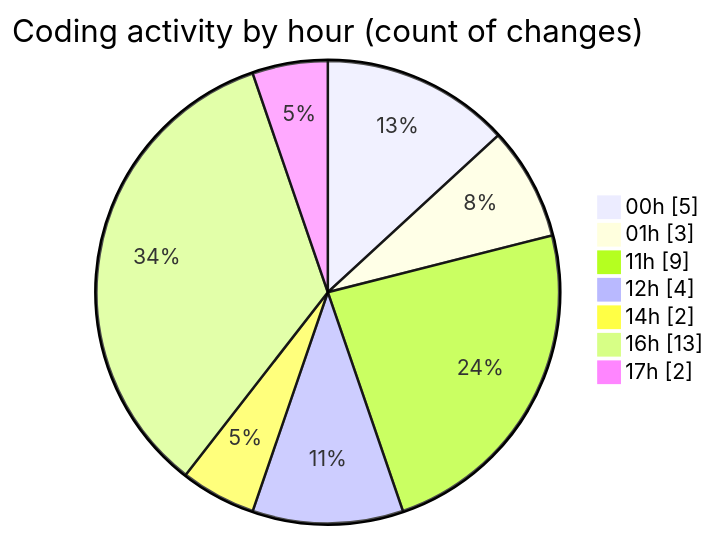
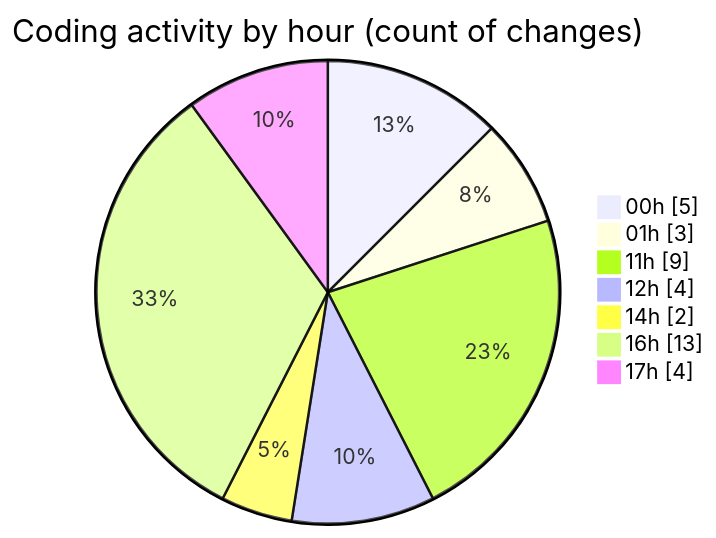
Before and after one commit to julien-gomy/code-tracking: the second of 2 diagrams in 2025-11-16/cdp_aleoudev_fr__workspace_/README.md, drawn with Mermaid. The commit also changed other lines of this file and 1 other file, not shown here.

````diff
--- a/2025-11-16/cdp_aleoudev_fr__workspace_/README.md
+++ b/2025-11-16/cdp_aleoudev_fr__workspace_/README.md
@@ -42,11 +43,11 @@
 ```mermaid
 pie showData
 title Coding activity by hour (count of changes)
 "00h" : 5
 "01h" : 3
 "11h" : 9
 "12h" : 4
 "14h" : 2
 "16h" : 13
-"17h" : 2
+"17h" : 4
 ```
````
